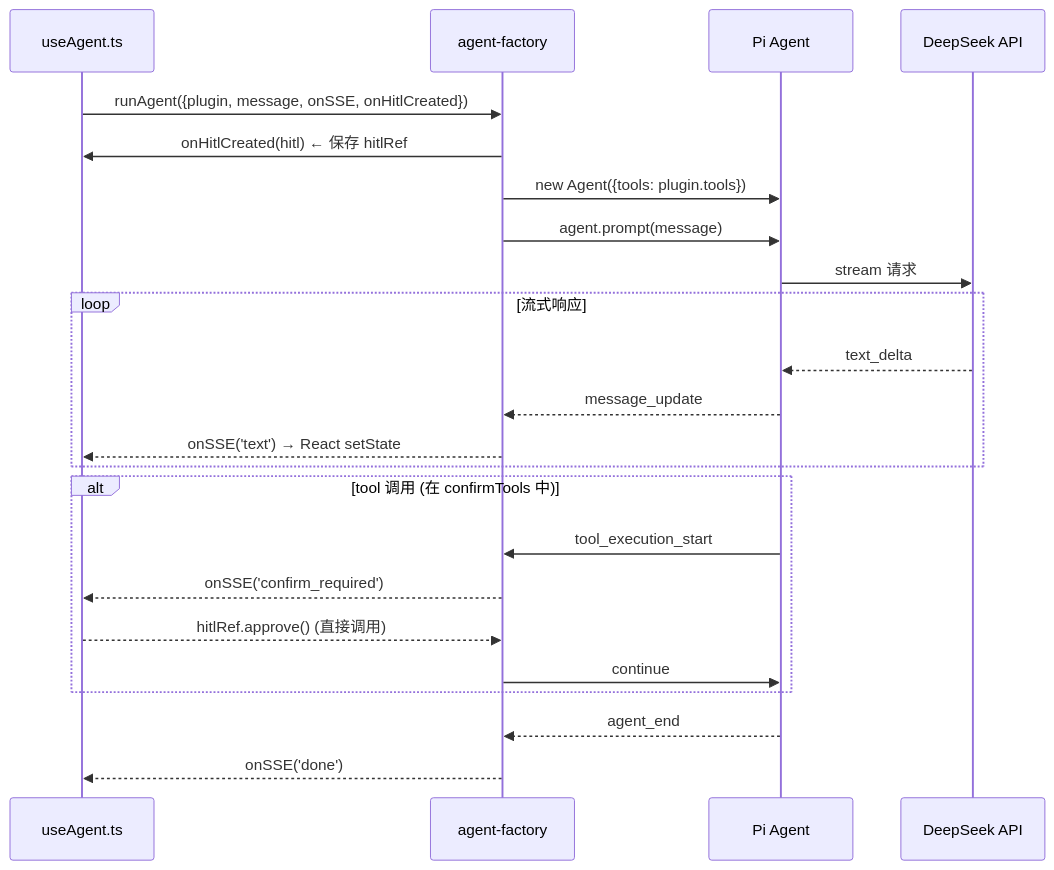
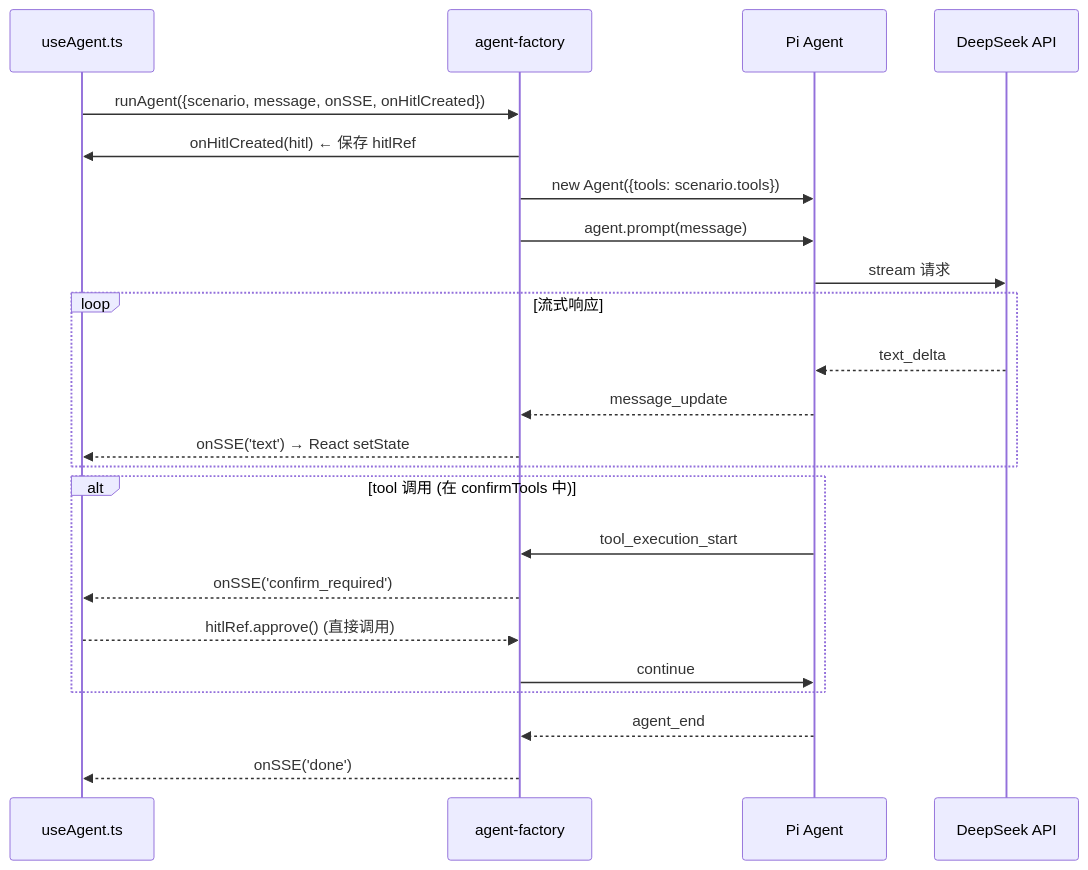
Before and after one commit to yjzaaa/leave-approval-agent: the third of 4 diagrams in src/agent/CLAUDE.md, drawn with Mermaid. The commit also changed other lines of this file and 80 other files, not shown here.

First line of the commit message:
refactor: Plugin → Scenario 全局重命名，消除业务术语歧义

````diff
--- a/src/agent/CLAUDE.md
+++ b/src/agent/CLAUDE.md
@@ -100,29 +100,29 @@
 ```mermaid
 sequenceDiagram
     participant Browser as useAgent.ts
     participant Factory as agent-factory
     participant Agent as Pi Agent
     participant API as DeepSeek API
 
-    Browser->>Factory: runAgent({plugin, message, onSSE, onHitlCreated})
+    Browser->>Factory: runAgent({scenario, message, onSSE, onHitlCreated})
     Factory->>Browser: onHitlCreated(hitl) ← 保存 hitlRef
-    Factory->>Agent: new Agent({tools: plugin.tools})
+    Factory->>Agent: new Agent({tools: scenario.tools})
     Factory->>Agent: agent.prompt(message)
     Agent->>API: stream 请求
 
     loop 流式响应
         API-->>Agent: text_delta
         Agent-->>Factory: message_update
         Factory-->>Browser: onSSE('text') → React setState
     end
 
     alt tool 调用 (在 confirmTools 中)
         Agent->>Factory: tool_execution_start
         Factory-->>Browser: onSSE('confirm_required')
         Browser-->>Factory: hitlRef.approve() (直接调用)
         Factory->>Agent: continue
     end
 
     Agent-->>Factory: agent_end
     Factory-->>Browser: onSSE('done')
 ```
````
